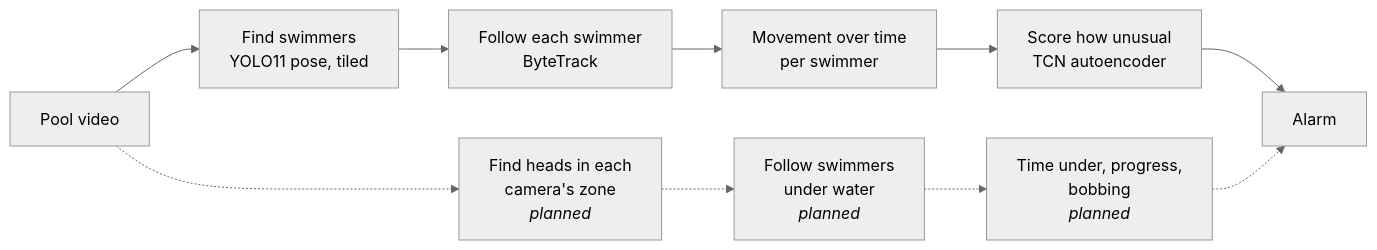
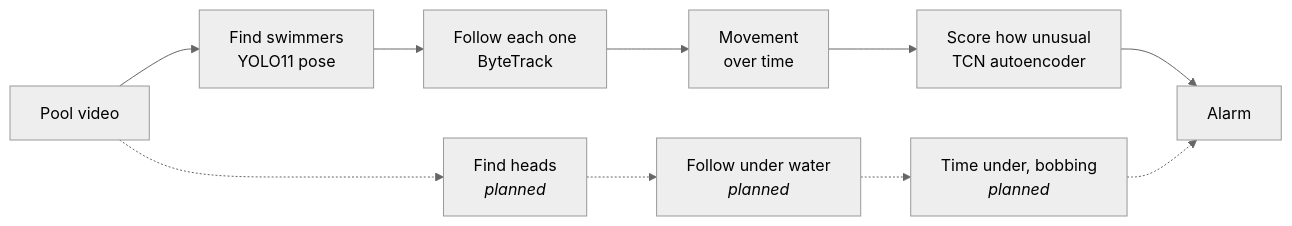
One commit to nickpearlstone/Hydro-Knight changed the diagram in README.md. Above: the diagram before and after it, drawn with Mermaid (neutral theme).

Commit message:
README: two-line diagram boxes so the whole diagram shows

````diff
--- a/README.md
+++ b/README.md
@@ -26,12 +26,12 @@
 ```mermaid
 flowchart LR
-    A[Pool video] --> B[Find swimmers<br/>YOLO11 pose, tiled]
-    B --> C[Follow each swimmer<br/>ByteTrack]
-    C --> D[Movement over time<br/>per swimmer]
+    A[Pool video] --> B[Find swimmers<br/>YOLO11 pose]
+    B --> C[Follow each one<br/>ByteTrack]
+    C --> D[Movement<br/>over time]
     D --> E[Score how unusual<br/>TCN autoencoder]
     E --> F[Alarm]
-    A -.-> G[Find heads in each<br/>camera's zone<br/><i>planned</i>]
-    G -.-> H[Follow swimmers<br/>under water<br/><i>planned</i>]
-    H -.-> I[Time under, progress,<br/>bobbing<br/><i>planned</i>]
+    A -.-> G[Find heads<br/><i>planned</i>]
+    G -.-> H[Follow under water<br/><i>planned</i>]
+    H -.-> I[Time under, bobbing<br/><i>planned</i>]
     I -.-> F
 ```
````
